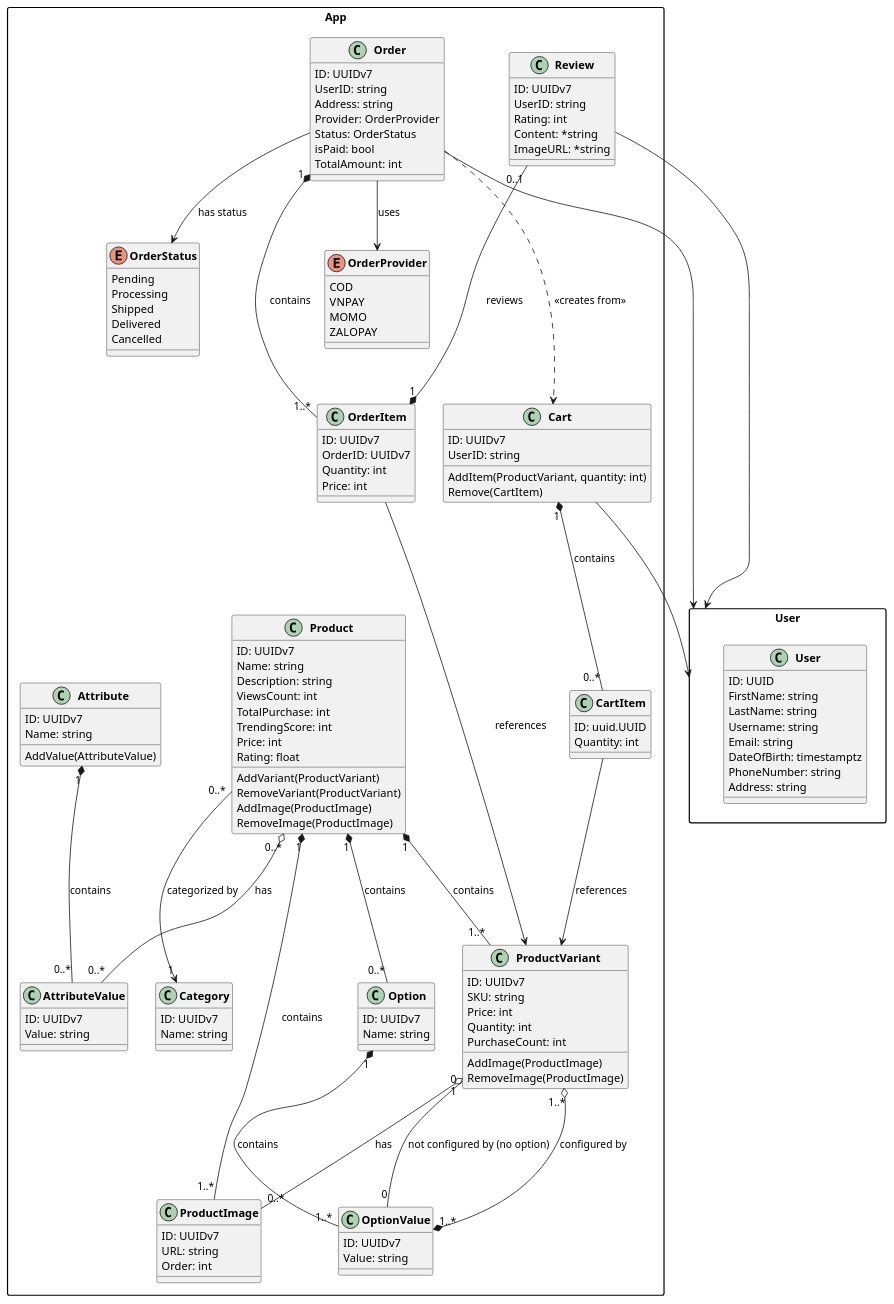
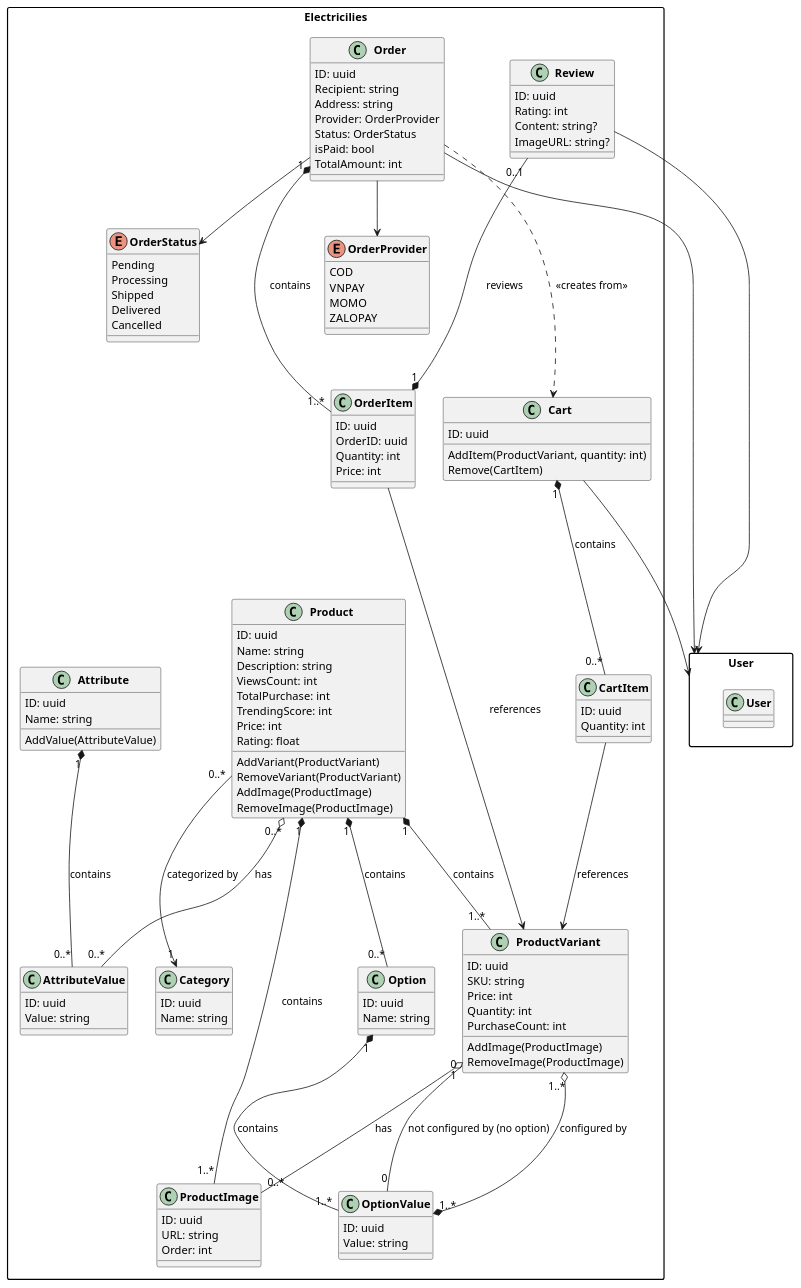
The diagram in docs/software-docs/class/index.md (electricilies/electricilies.github.io), drawn with PlantUML before and after one commit.

Commit message:
chore: update class?

````diff
--- a/docs/software-docs/class/index.md
+++ b/docs/software-docs/class/index.md
@@ -3,5 +3,5 @@
 ```plantuml
-@startuml E-Commerce Domain Model
+@startuml Electricilies
 
 skinparam classFontStyle bold
 skinparam classAttributeIconSize 0
@@ -10,29 +10,17 @@
 /' skinparam linetype polyline '/
 
 package "User" {
-    class User {
-        ID: UUID
-        FirstName: string
-        LastName: string
-        Username: string
-        Email: string
-        DateOfBirth: timestamptz
-        PhoneNumber: string
-        Address: string
-    }
+    class User {}
 }
 
-package "App" {
-
-    ' ----- Category -----
+package "Electricilies" {
     class Category {
-        ID: UUIDv7
+        ID: uuid
         Name: string
     }
 
-    ' ----- Product and Related -----
     class Product {
-        ID: UUIDv7
+        ID: uuid
         Name: string
         Description: string
         ViewsCount: int
@@ -47,17 +35,17 @@
     }
 
     class Option {
-        ID: UUIDv7
+        ID: uuid
         Name: string
     }
 
     class OptionValue {
-        ID: UUIDv7
+        ID: uuid
         Value: string
     }
 
     class ProductVariant {
-        ID: UUIDv7
+        ID: uuid
         SKU: string
         Price: int
         Quantity: int
@@ -67,39 +55,36 @@
     }
 
     class ProductImage {
-        ID: UUIDv7
+        ID: uuid
         URL: string
         Order: int
     }
 
     class Attribute {
-        ID: UUIDv7
+        ID: uuid
         Name: string
         AddValue(AttributeValue)
     }
 
     class AttributeValue {
-        ID: UUIDv7
+        ID: uuid
         Value: string
     }
 
-    ' ----- Cart -----
     class Cart {
-        ID: UUIDv7
-        UserID: string
+        ID: uuid
         AddItem(ProductVariant, quantity: int)
         Remove(CartItem)
     }
 
     class CartItem {
-        ID: uuid.UUID
+        ID: uuid
         Quantity: int
     }
 
-    ' ----- Order -----
     class Order {
-        ID: UUIDv7
-        UserID: string
+        ID: uuid
+        Recipient: string
         Address: string
         Provider: OrderProvider
         Status: OrderStatus
@@ -116,8 +101,8 @@
     }
 
     class OrderItem {
-        ID: UUIDv7
-        OrderID: UUIDv7
+        ID: uuid
+        OrderID: uuid
         Quantity: int
         Price: int
     }
@@ -129,57 +114,42 @@
         ZALOPAY
     }
 
-    ' ----- Review -----
     class Review {
-        ID: UUIDv7
-        UserID: string
+        ID: uuid
         Rating: int
-        Content: *string
-        ImageURL: *string
+        Content: string?
+        ImageURL: string?
     }
 
-    ' ===== Relationships =====
-
-    ' Product Composition (diamond filled)
     Product "1" *--- "0..*" Option : contains
     Product "1" *--- "1..*" ProductVariant : contains
     Product "1" *--- "1..*" ProductImage : contains
 
-    ' Option Composition
     Option "1" *--- "1..*" OptionValue : contains
 
-    ' Product Aggregation
     Product "0..*" o--- "0..*" AttributeValue : has
 
-    ' ProductVariant relationships
     ProductVariant "0" --- "0" OptionValue : not configured by (no option)
     ProductVariant "1..*" o---* "1..*" OptionValue : configured by
     ProductVariant "1" o--- "0..*" ProductImage : has
 
-    ' Category relationship
     Product "0..*" ---> "1" Category : categorized by
 
-    ' Attribute relationships
     Attribute "1" *--- "0..*" AttributeValue : contains
 
-    ' Cart relationships
     Cart "1" *--- "0..*" CartItem : contains
     CartItem ---> ProductVariant : references
 
-    ' Order relationships
     Order "1" *--- "1..*" OrderItem : contains
     OrderItem ---> ProductVariant : references
 
-    ' Order depends on Cart (dependency)
     Order ...> Cart : <<creates from>>
-    Order --> OrderProvider : uses
-    Order --> OrderStatus : has status
+    Order --> OrderProvider
+    Order --> OrderStatus
 
-    ' Review relationships
     Review "0..1" ---* "1" OrderItem : reviews
 }
 
-' ===== User References (by ID only) =====
 Cart ---> User
 Order ---> User
 Review ---> User
````
